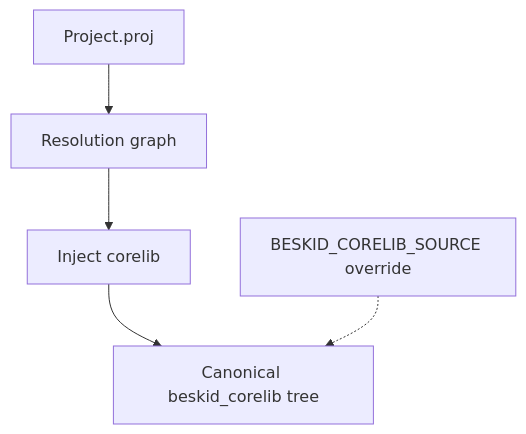
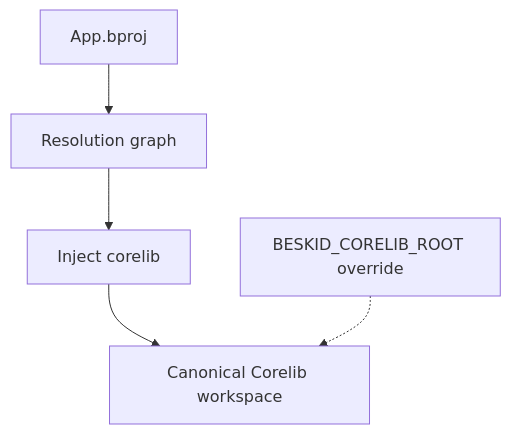
Before and after one commit to Cyber-Nomad-Collective/beskid: the diagram in site/website/src/content/docs/book/16-corelib-batteries-with-opinions/injection-and-resolution.md, drawn with Mermaid. The commit also changed other lines of this file and 527 other files, not shown here.

````diff
--- a/site/website/src/content/docs/book/16-corelib-batteries-with-opinions/injection-and-resolution.md
+++ b/site/website/src/content/docs/book/16-corelib-batteries-with-opinions/injection-and-resolution.md
@@ -15,7 +18,7 @@
 ```mermaid
 flowchart TD
-  proj[Project.proj] --> resolved[Resolution graph]
+  proj[App.bproj] --> resolved[Resolution graph]
   resolved --> inj[Inject corelib]
-  inj --> canon[Canonical beskid_corelib tree]
-  dev[BESKID_CORELIB_SOURCE override] -.-> canon
+  inj --> canon[Canonical Corelib workspace]
+  dev[BESKID_CORELIB_ROOT override] -.-> canon
 ```
````
